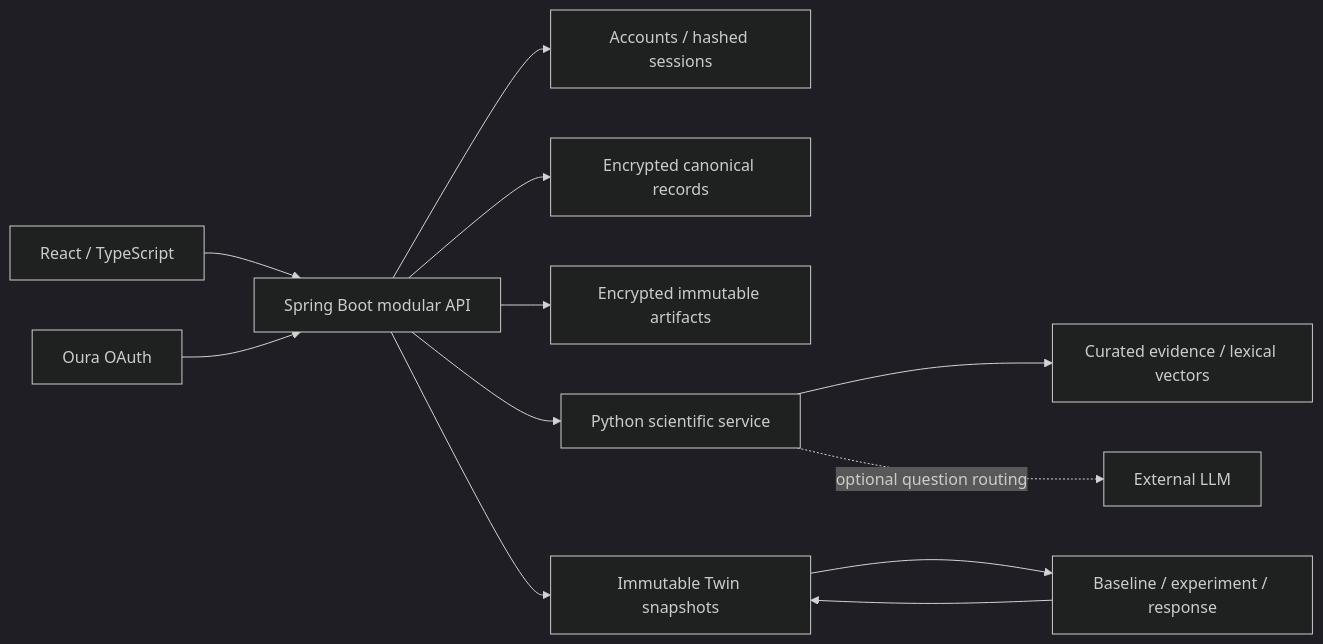
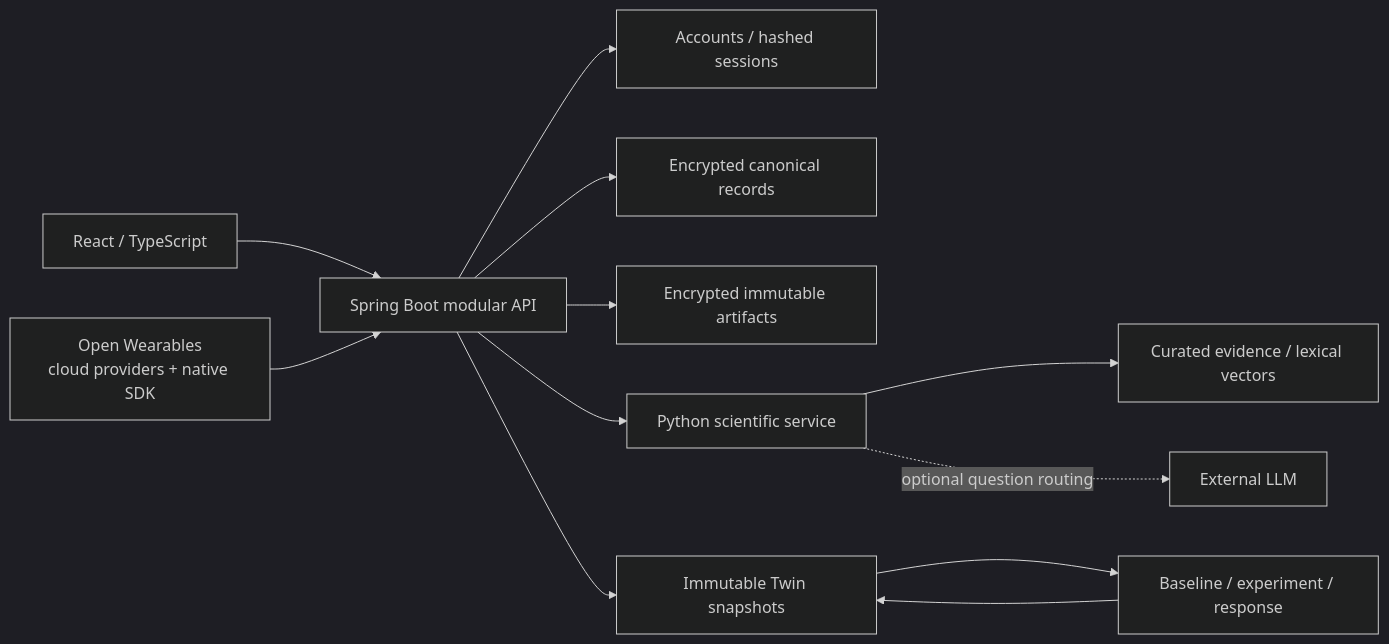
Before and after one commit to Adityahulk/aevum: the diagram in docs/ARCHITECTURE.md, drawn with Mermaid (dark theme). The commit also changed other lines of this file and 32 other files, not shown here.

Commit message:
Integrate wearables through Open Wearables

````diff
--- a/docs/ARCHITECTURE.md
+++ b/docs/ARCHITECTURE.md
@@ -5,14 +5,14 @@
 ```mermaid
 flowchart LR
   Browser[React / TypeScript] --> Java[Spring Boot modular API]
   Java --> Identity[Accounts / hashed sessions]
   Java --> Records[Encrypted canonical records]
   Java --> Objects[Encrypted immutable artifacts]
   Java --> Python[Python scientific service]
   Python --> Corpus[Curated evidence / lexical vectors]
   Python -. optional question routing .-> LLM[External LLM]
   Java --> Twin[Immutable Twin snapshots]
   Twin --> Experiment[Baseline / experiment / response]
   Experiment --> Twin
-  Oura[Oura OAuth] --> Java
+  Wearables[Open Wearables\ncloud providers + native SDK] --> Java
 ```
````
